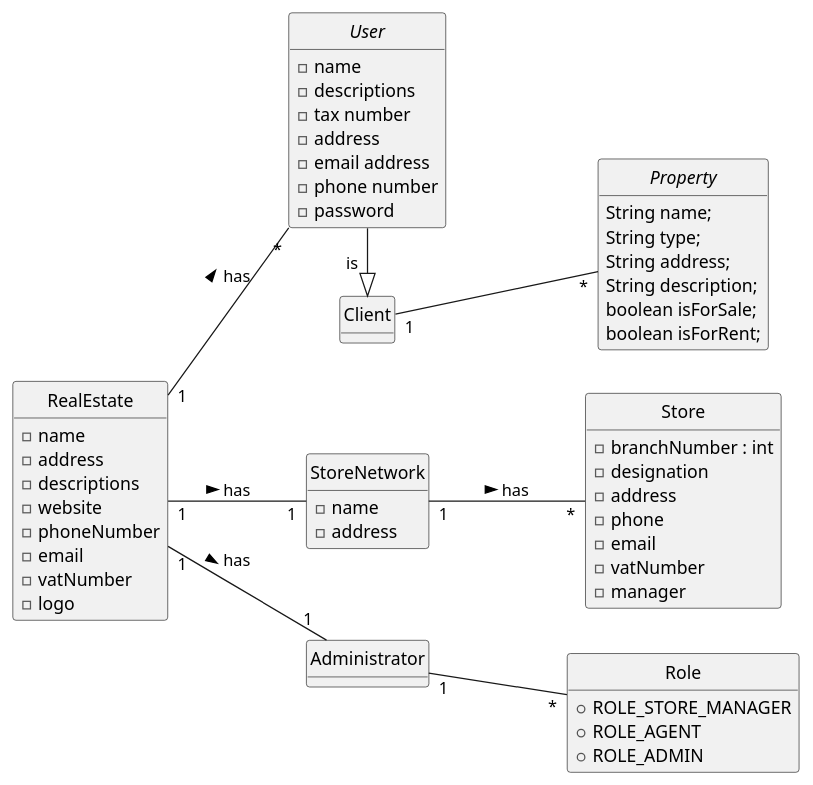
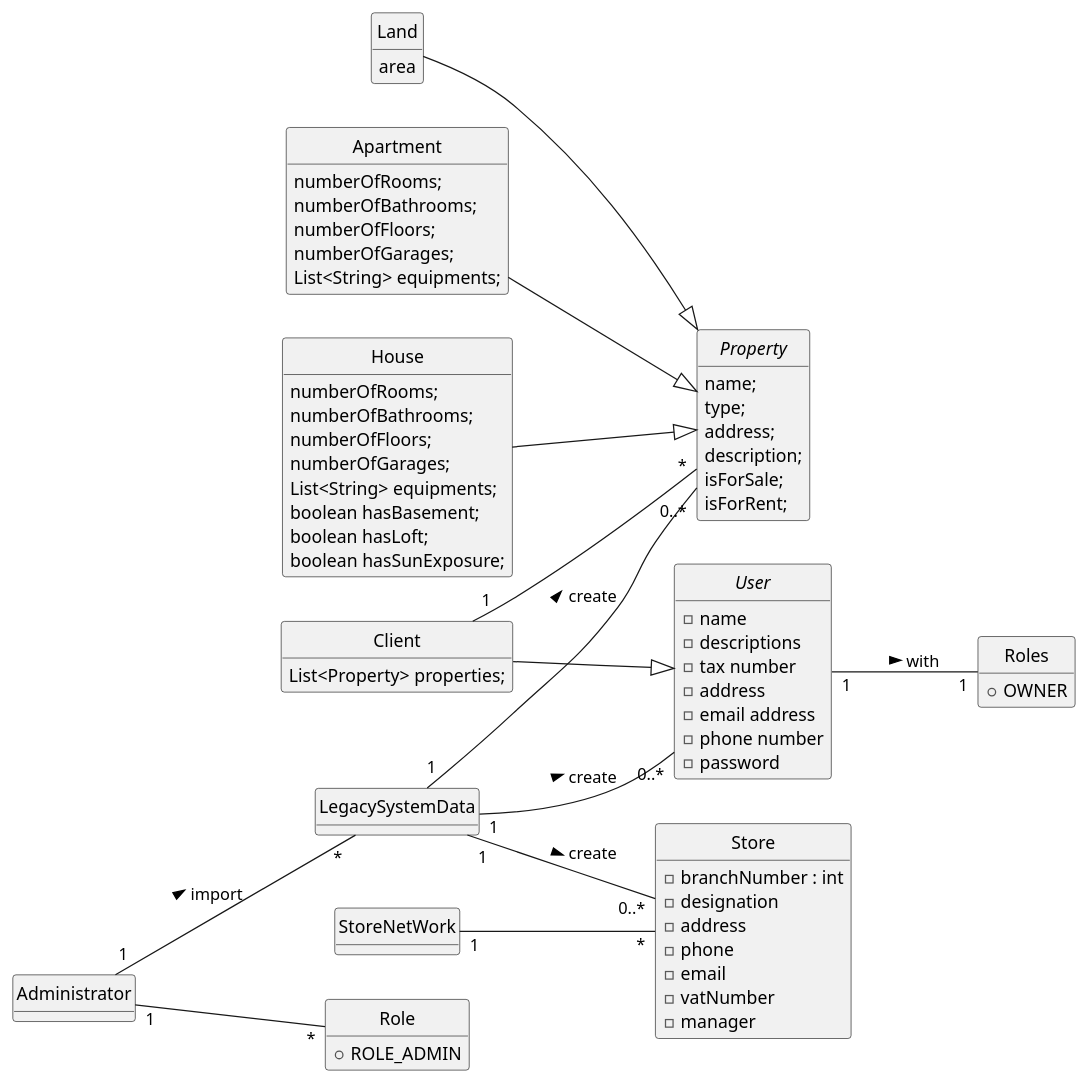
The diagram in lei-22-s2-1do-g68/docs/SprintC/us012/02.analysis/puml/us012-DomainModel.puml (hugosilva2901/lei-22-s2-1DO-g68), drawn with PlantUML before and after one commit. The commit also changed 6 other files, not shown here.

Commit message:
US012 - add Sequence diagram + Domain Model

```diff
--- a/lei-22-s2-1do-g68/docs/SprintC/us012/02.analysis/puml/us012-DomainModel.puml
+++ b/lei-22-s2-1do-g68/docs/SprintC/us012/02.analysis/puml/us012-DomainModel.puml
@@ -1,79 +1,105 @@
 @startuml
 skinparam monochrome true
 skinparam packageStyle rectangle
 skinparam shadowing false
 
 left to right direction
 
 
 hide circle
 hide methods
+class House{
+      numberOfRooms;
+      numberOfBathrooms;
+      numberOfFloors;
+      numberOfGarages;
+     List<String> equipments;
+     boolean hasBasement;
+     boolean hasLoft;
+     boolean hasSunExposure;
 
-class RealEstate{
-   - name
-   - address
-   - descriptions
-   - website
-   - phoneNumber
-   - email
-   - vatNumber
-   - logo
 
 }
+
+class Land{
+    area
+
+}
+
+class Apartment{
+     numberOfRooms;
+      numberOfBathrooms;
+      numberOfFloors;
+      numberOfGarages;
+     List<String> equipments;
+
+}
+
+class LegacySystemData{
+}
+
 abstract class User{
    - name
    - descriptions
   -  tax number
   -  address
   -  email address
   -  phone number
   -  password
 }
 
 abstract class Property{
-    String name;
-     String type;
-     String address;
-     String description;
-     boolean isForSale;
-     boolean isForRent;
+     name;
+      type;
+      address;
+      description;
+      isForSale;
+      isForRent;
 }
-class StoreNetwork{
-    - name
-    - address
-}
+
 
 class Store {
     - branchNumber : int
     - designation
     - address
     - phone
     - email
     - vatNumber
     - manager
 }
 class Administrator{
 }
 
-class Client {
-}
 enum Role{
-    + ROLE_STORE_MANAGER
-    + ROLE_AGENT
     + ROLE_ADMIN
 }
-
-RealEstate "1"--"*" User :> has
-StoreNetwork "1"--"*" Store : > has
-RealEstate "1"--"1" StoreNetwork : > has
-
-User -|>  Client : is
-
-Client "1"--"*" Property
+enum Roles{
+    +OWNER
+}
+class Client{
+     List<Property> properties;
+}
 
 
-RealEstate "1"--"1" Administrator : > has
+
+
 
 Administrator "1"--"*" Role
 
+Administrator "1"--"*" LegacySystemData : > import
+LegacySystemData "1"--"0..*" User : > create
+LegacySystemData "1"--"0..*" Property : > create
+LegacySystemData "1"--"0..*" Store: > create
+
+User "1"--"1" Roles : > with
+ Client --|> User
+Client "1"--"*" Property
+
+Apartment --|> Property
+Land --|> Property
+House --|> Property
+StoreNetWork "1"--"*" Store
+
+
+
 @enduml
```
